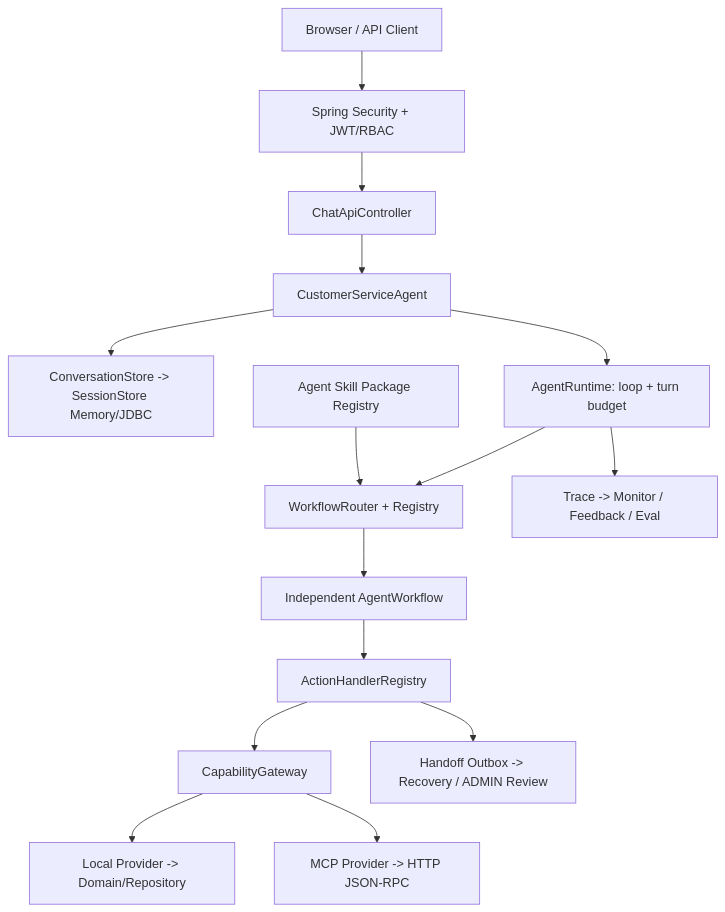
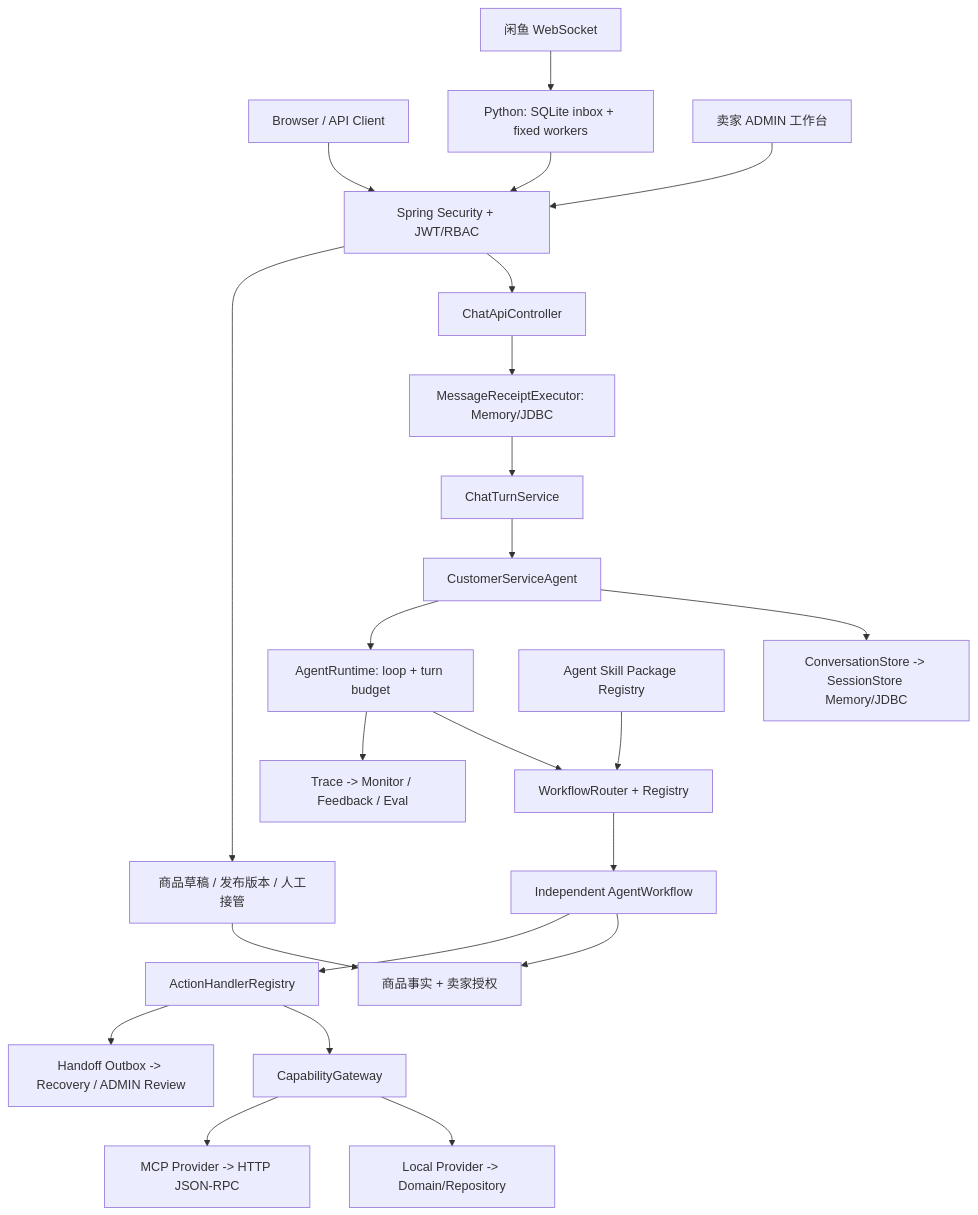
The diagram in README.md (Auska-11/csagent), drawn with Mermaid before and after one commit. The commit also changed other lines of this file and 147 other files, not shown here.

First line of the commit message:
feat(xianyu): add seller workspace and reliable message delivery

````diff
--- a/README.md
+++ b/README.md
@@ -36,17 +29,25 @@
 ```mermaid
 flowchart TD
     Client["Browser / API Client"] --> Security["Spring Security + JWT/RBAC"]
     Security --> Chat["ChatApiController"]
-    Chat --> Agent["CustomerServiceAgent"]
+    Xianyu["闲鱼 WebSocket"] --> Inbox["Python: SQLite inbox + fixed workers"]
+    Inbox --> Security
+    Chat --> Receipt["MessageReceiptExecutor: Memory/JDBC"]
+    Receipt --> Turn["ChatTurnService"]
+    Turn --> Agent["CustomerServiceAgent"]
+    Seller["卖家 ADMIN 工作台"] --> Security
+    Security --> Profiles["商品草稿 / 发布版本 / 人工接管"]
+    Profiles --> Facts["商品事实 + 卖家授权"]
+    Workflow --> Facts
     Agent --> Session["ConversationStore -> SessionStore Memory/JDBC"]
     Agent --> Runtime["AgentRuntime: loop + turn budget"]
     Skill["Agent Skill Package Registry"] --> Router["WorkflowRouter + Registry"]
     Runtime --> Router
     Router --> Workflow["Independent AgentWorkflow"]
     Workflow --> Handler["ActionHandlerRegistry"]
     Handler --> Gateway["CapabilityGateway"]
     Gateway --> Local["Local Provider -> Domain/Repository"]
     Gateway --> Mcp["MCP Provider -> HTTP JSON-RPC"]
     Handler --> Outbox["Handoff Outbox -> Recovery / ADMIN Review"]
     Runtime --> Trace["Trace -> Monitor / Feedback / Eval"]
 ```
````
